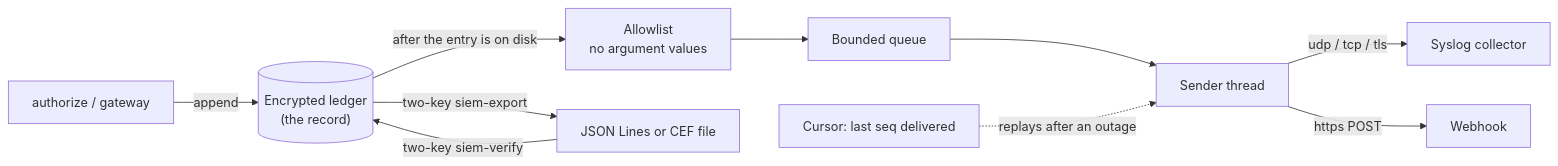
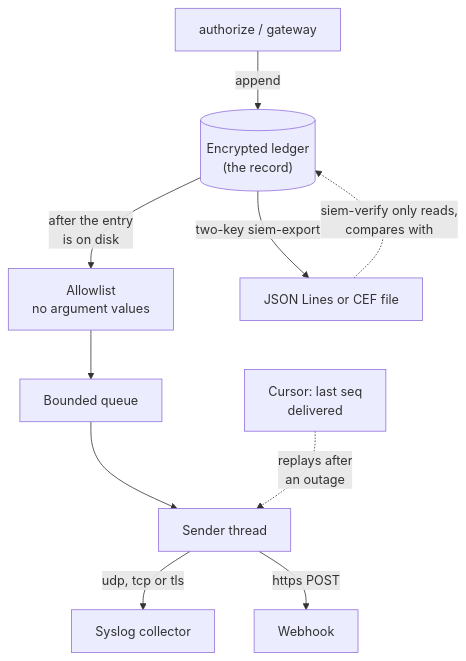
Before and after one commit to Insomniac-VibeLabs/two-key: the diagram in docs/SIEM.md, drawn with Mermaid. The commit also changed other lines of this file and 12 other files, not shown here.

First line of the commit message:
Redraw every diagram to one house style, checked by a test (#29)

````diff
--- a/docs/SIEM.md
+++ b/docs/SIEM.md
@@ -38,12 +38,12 @@
 ```mermaid
-flowchart LR
+flowchart TD
   auth["authorize / gateway"] -- "append" --> ledger[("Encrypted ledger<br/>(the record)")]
-  ledger -- "after the entry is on disk" --> filter["Allowlist<br/>no argument values"]
+  ledger -- "after the entry<br/>is on disk" --> filter["Allowlist<br/>no argument values"]
   filter --> queue["Bounded queue"]
   queue --> sender["Sender thread"]
-  sender -- "udp / tcp / tls" --> syslog["Syslog collector"]
+  sender -- "udp, tcp or tls" --> syslog["Syslog collector"]
   sender -- "https POST" --> hook["Webhook"]
+  cursor["Cursor: last seq<br/>delivered"] -. "replays after<br/>an outage" .-> sender
   ledger -- "two-key siem-export" --> file["JSON Lines or CEF file"]
-  file -- "two-key siem-verify" --> ledger
-  cursor["Cursor: last seq delivered"] -. "replays after an outage" .-> sender
+  file -. "siem-verify only reads,<br/>compares with" .-> ledger
 ```
````
